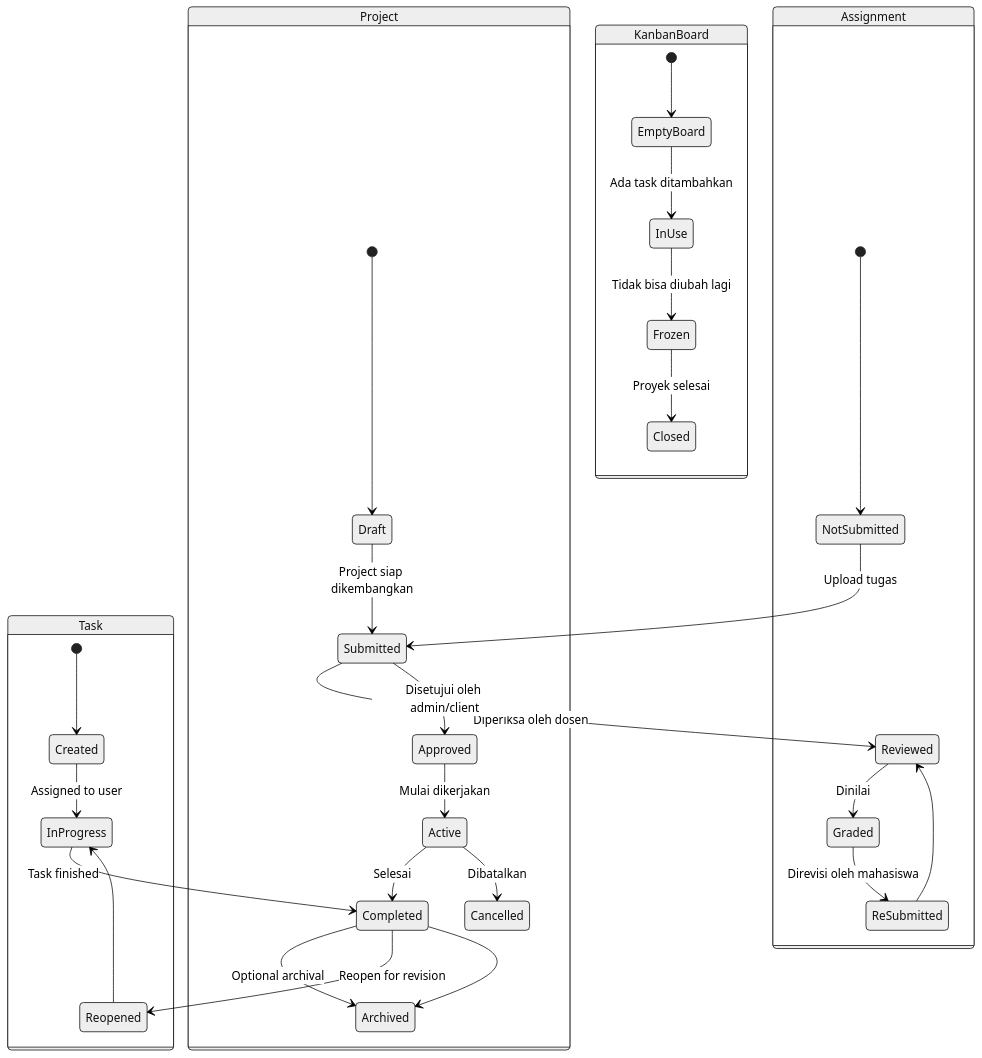
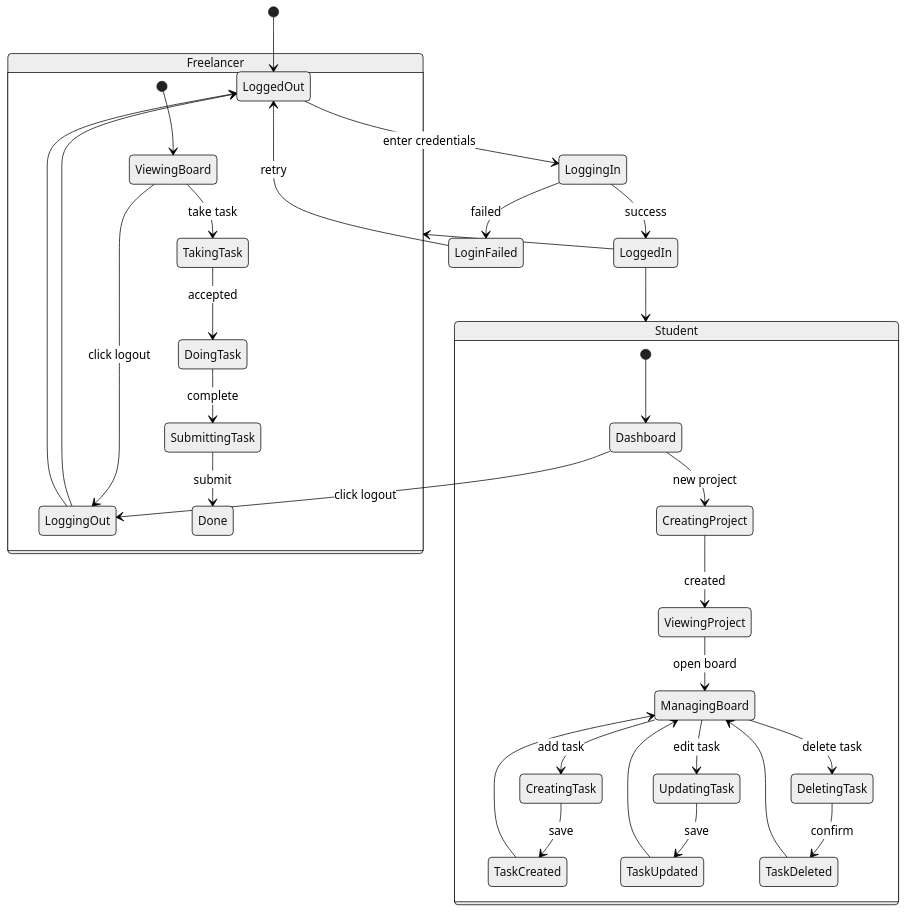
Before and after one commit to aarlazuardi/fix-sisfor-desain-sistem: the diagram in state-diagram.md, drawn with Mermaid (neutral theme). The commit also changed 2 other files, not shown here.

Commit message:
Update diagram and other diagrams

````diff
--- a/state-diagram.md
+++ b/state-diagram.md
@@ -3,38 +3,50 @@
 ```mermaid
-stateDiagram
+stateDiagram-v2
+    direction TB
 
-  state Task {
-    [*] --> Created
-    Created --> InProgress : Assigned to user
-    InProgress --> Completed : Task finished
-    Completed --> Archived : Optional archival
-    Completed --> Reopened : Reopen for revision
-    Reopened --> InProgress
-  }
+    [*] --> LoggedOut
 
-  state Assignment {
-    [*] --> NotSubmitted
-    NotSubmitted --> Submitted : Upload tugas
-    Submitted --> Reviewed : Diperiksa oleh dosen
-    Reviewed --> Graded : Dinilai
-    Graded --> ReSubmitted : Direvisi oleh mahasiswa
-    ReSubmitted --> Reviewed
-  }
+    LoggedOut --> LoggingIn : enter credentials
+    LoggingIn --> LoggedIn : success
+    LoggingIn --> LoginFailed : failed
+    LoginFailed --> LoggedOut : retry
 
-  state Project {
-    [*] --> Draft
-    Draft --> Submitted : Project siap dikembangkan
-    Submitted --> Approved : Disetujui oleh admin/client
-    Approved --> Active : Mulai dikerjakan
-    Active --> Completed : Selesai
-    Active --> Cancelled : Dibatalkan
-    Completed --> Archived
-  }
+    LoggedIn --> Student
+    LoggedIn --> Freelancer
 
-  state KanbanBoard {
-    [*] --> EmptyBoard
-    EmptyBoard --> InUse : Ada task ditambahkan
-    InUse --> Frozen : Tidak bisa diubah lagi
-    Frozen --> Closed : Proyek selesai
-  }
+    state Student {
+        [*] --> Dashboard
+
+        Dashboard --> CreatingProject : new project
+        CreatingProject --> ViewingProject : created
+
+        ViewingProject --> ManagingBoard : open board
+
+        ManagingBoard --> CreatingTask : add task
+        CreatingTask --> TaskCreated : save
+        TaskCreated --> ManagingBoard
+
+        ManagingBoard --> UpdatingTask : edit task
+        UpdatingTask --> TaskUpdated : save
+        TaskUpdated --> ManagingBoard
+
+        ManagingBoard --> DeletingTask : delete task
+        DeletingTask --> TaskDeleted : confirm
+        TaskDeleted --> ManagingBoard
+
+        Dashboard --> LoggingOut : click logout
+        LoggingOut --> LoggedOut
+    }
+
+    state Freelancer {
+        [*] --> ViewingBoard
+
+        ViewingBoard --> TakingTask : take task
+        TakingTask --> DoingTask : accepted
+        DoingTask --> SubmittingTask : complete
+        SubmittingTask --> Done : submit
+
+        ViewingBoard --> LoggingOut : click logout
+        LoggingOut --> LoggedOut
+    }
 ```
````
